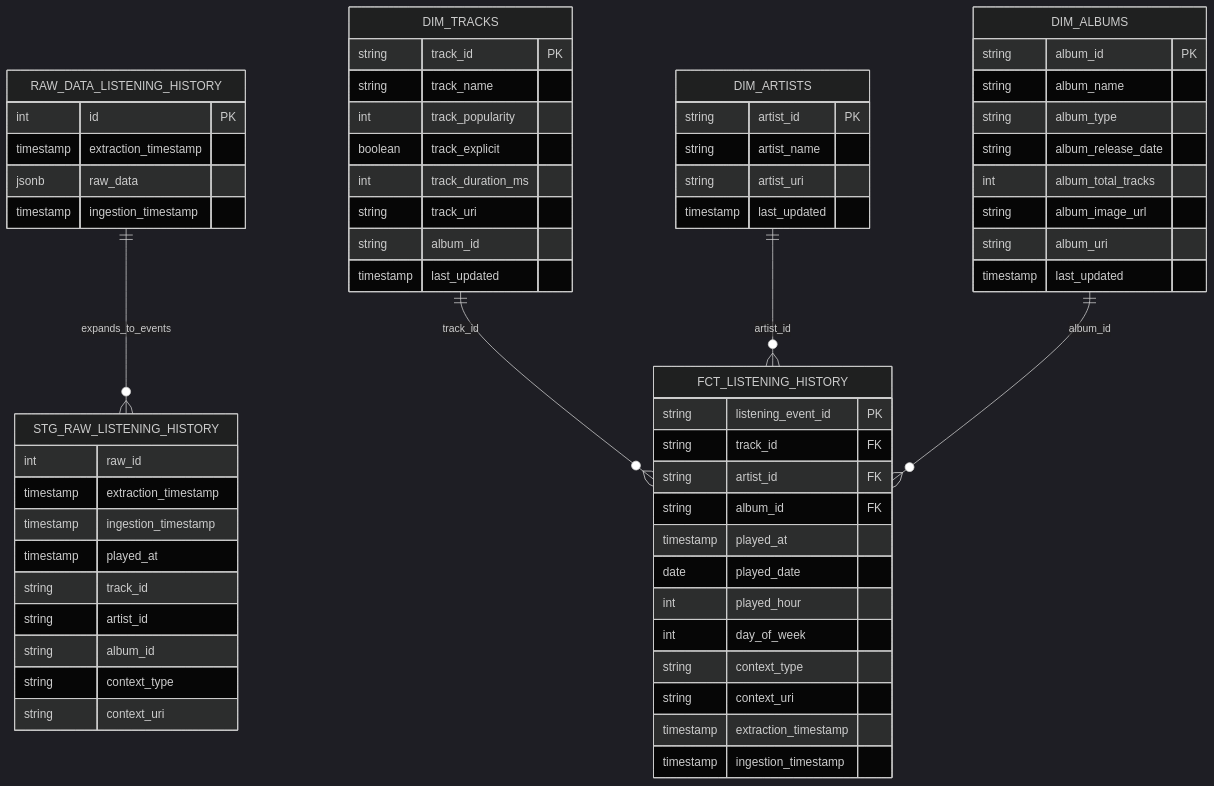
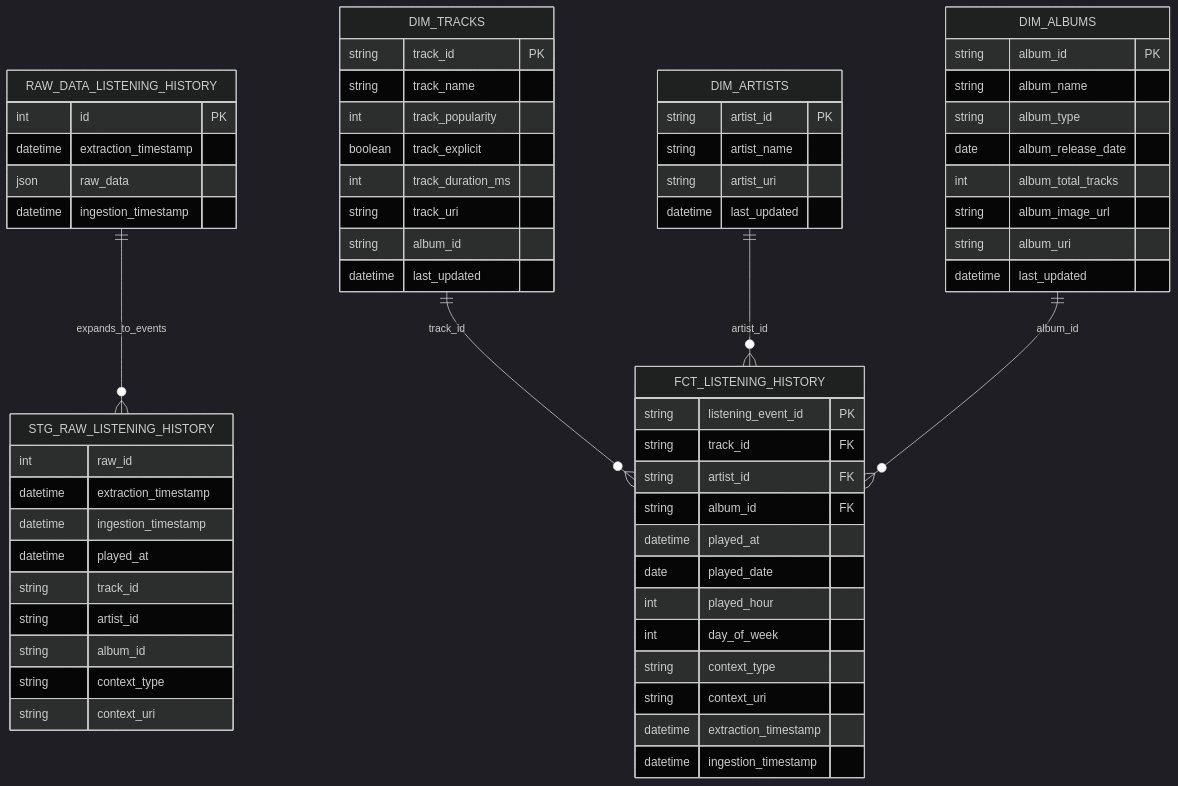
One commit to iratansh/Tempo changed the third of 3 diagrams in README.md. Above: the diagram before and after it, drawn with Mermaid (dark theme).

````diff
--- a/README.md
+++ b/README.md
@@ -117,71 +117,71 @@
 ```mermaid
 erDiagram
   RAW_DATA_LISTENING_HISTORY {
     int id PK
-    timestamp extraction_timestamp
-    jsonb raw_data
-    timestamp ingestion_timestamp
+    datetime extraction_timestamp
+    json raw_data
+    datetime ingestion_timestamp
   }
 
   STG_RAW_LISTENING_HISTORY {
     int raw_id
-    timestamp extraction_timestamp
-    timestamp ingestion_timestamp
-    timestamp played_at
+    datetime extraction_timestamp
+    datetime ingestion_timestamp
+    datetime played_at
     string track_id
     string artist_id
     string album_id
     string context_type
     string context_uri
   }
 
   DIM_TRACKS {
     string track_id PK
     string track_name
     int track_popularity
     boolean track_explicit
     int track_duration_ms
     string track_uri
     string album_id
-    timestamp last_updated
+    datetime last_updated
   }
 
   DIM_ARTISTS {
     string artist_id PK
     string artist_name
     string artist_uri
-    timestamp last_updated
+    datetime last_updated
   }
 
   DIM_ALBUMS {
     string album_id PK
     string album_name
     string album_type
-    string album_release_date
+    date album_release_date
     int album_total_tracks
     string album_image_url
     string album_uri
-    timestamp last_updated
+    datetime last_updated
   }
 
   FCT_LISTENING_HISTORY {
     string listening_event_id PK
     string track_id FK
     string artist_id FK
     string album_id FK
-    timestamp played_at
+    datetime played_at
     date played_date
     int played_hour
     int day_of_week
     string context_type
     string context_uri
-    timestamp extraction_timestamp
-    timestamp ingestion_timestamp
+    datetime extraction_timestamp
+    datetime ingestion_timestamp
   }
 
   RAW_DATA_LISTENING_HISTORY ||--o{ STG_RAW_LISTENING_HISTORY : expands_to_events
 
   DIM_TRACKS ||--o{ FCT_LISTENING_HISTORY : track_id
   DIM_ARTISTS ||--o{ FCT_LISTENING_HISTORY : artist_id
   DIM_ALBUMS ||--o{ FCT_LISTENING_HISTORY : album_id
 ```
````
